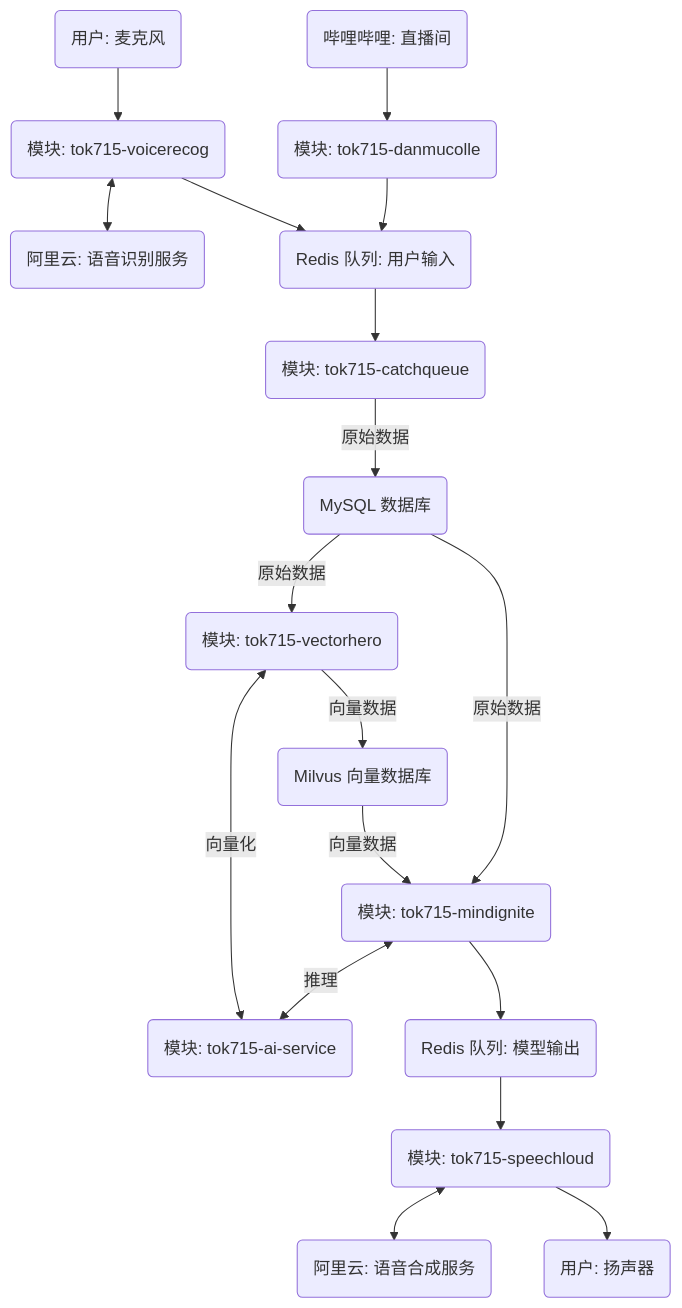
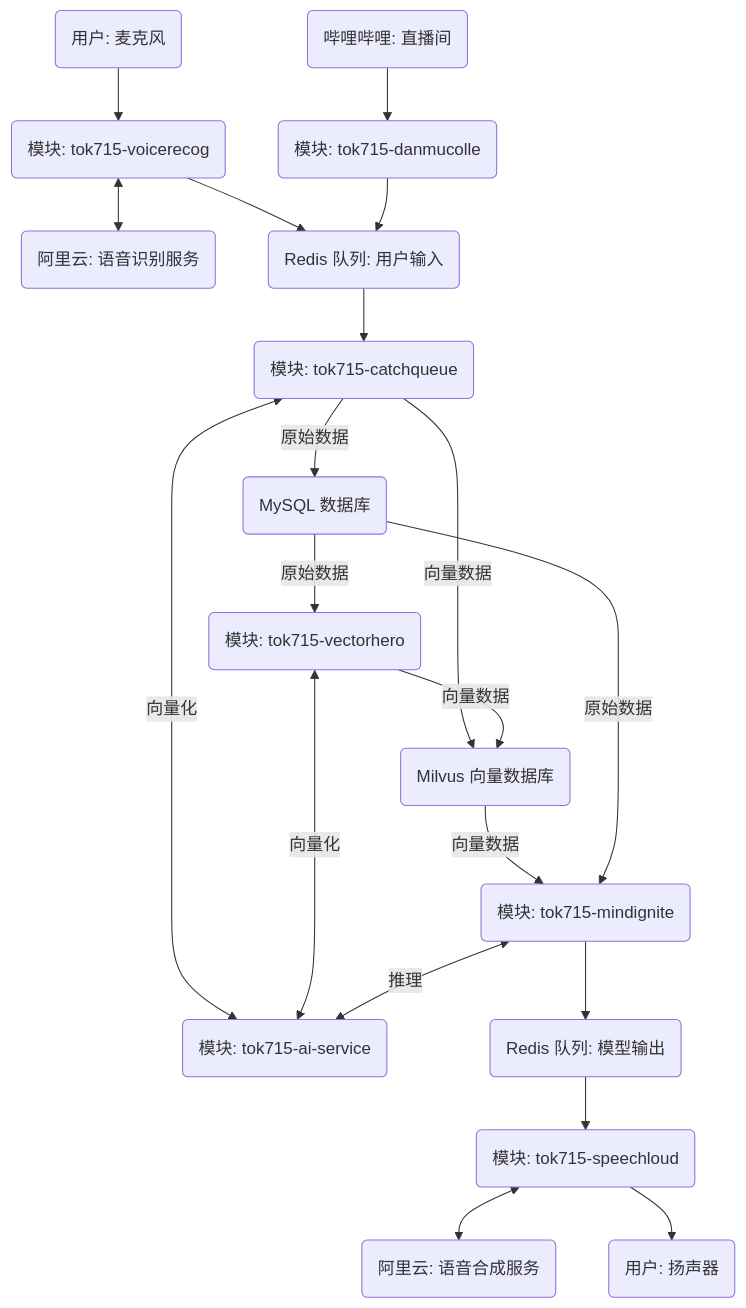
One commit to tok715/tok715 changed the diagram in README.md. Above: the diagram before and after it, drawn with Mermaid. The commit also changed other lines of this file and 9 other files, not shown here.

````diff
--- a/README.md
+++ b/README.md
@@ -7,32 +7,34 @@
 ```mermaid
 flowchart TB
     node_mic(用户: 麦克风)
     node_speaker(用户: 扬声器)
     node_voicerecog_main("模块: tok715-voicerecog")
     node_speechloud_main("模块: tok715-speechloud")
     node_catchqueue_main("模块: tok715-catchqueue")
     node_vectorhero_main("模块: tok715-vectorhero")
     node_ai_service_main("模块: tok715-ai-service")
     node_mindignite_main("模块: tok715-mindignite")
     node_danmucolle_main("模块: tok715-danmucolle")
     node_aliyun_nls(阿里云: 语音识别服务)
     node_aliyun_tts(阿里云: 语音合成服务)
     node_bilibili_stream(哔哩哔哩: 直播间)
     node_redis_queue_input(Redis 队列: 用户输入)
     node_redis_queue_output(Redis 队列: 模型输出)
     node_mysql_messages(MySQL 数据库)
     node_milvus_messages(Milvus 向量数据库)
     node_mic --> node_voicerecog_main <--> node_aliyun_nls
     node_voicerecog_main --> node_redis_queue_input
     node_redis_queue_input --> node_catchqueue_main -- 原始数据 --> node_mysql_messages
+    node_catchqueue_main <--向量化--> node_ai_service_main
+    node_catchqueue_main -- 向量数据 --> node_milvus_messages
     node_mysql_messages -- 原始数据 --> node_vectorhero_main
     node_vectorhero_main <-- 向量化 --> node_ai_service_main
     node_vectorhero_main -- 向量数据 --> node_milvus_messages
     node_milvus_messages -- 向量数据 --> node_mindignite_main
     node_mysql_messages -- 原始数据 --> node_mindignite_main
     node_mindignite_main <-- 推理 --> node_ai_service_main
     node_mindignite_main --> node_redis_queue_output --> node_speechloud_main
     node_speechloud_main <--> node_aliyun_tts
     node_speechloud_main --> node_speaker
     node_bilibili_stream --> node_danmucolle_main --> node_redis_queue_input
 ```
````
